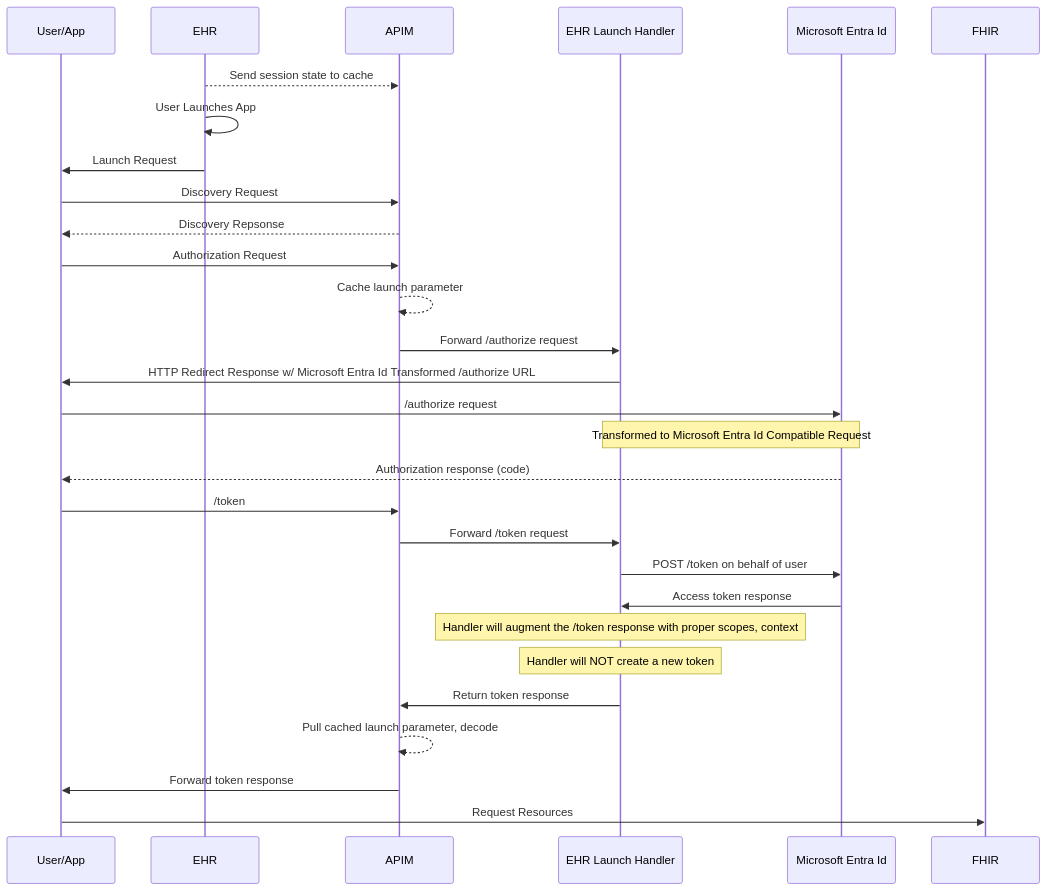
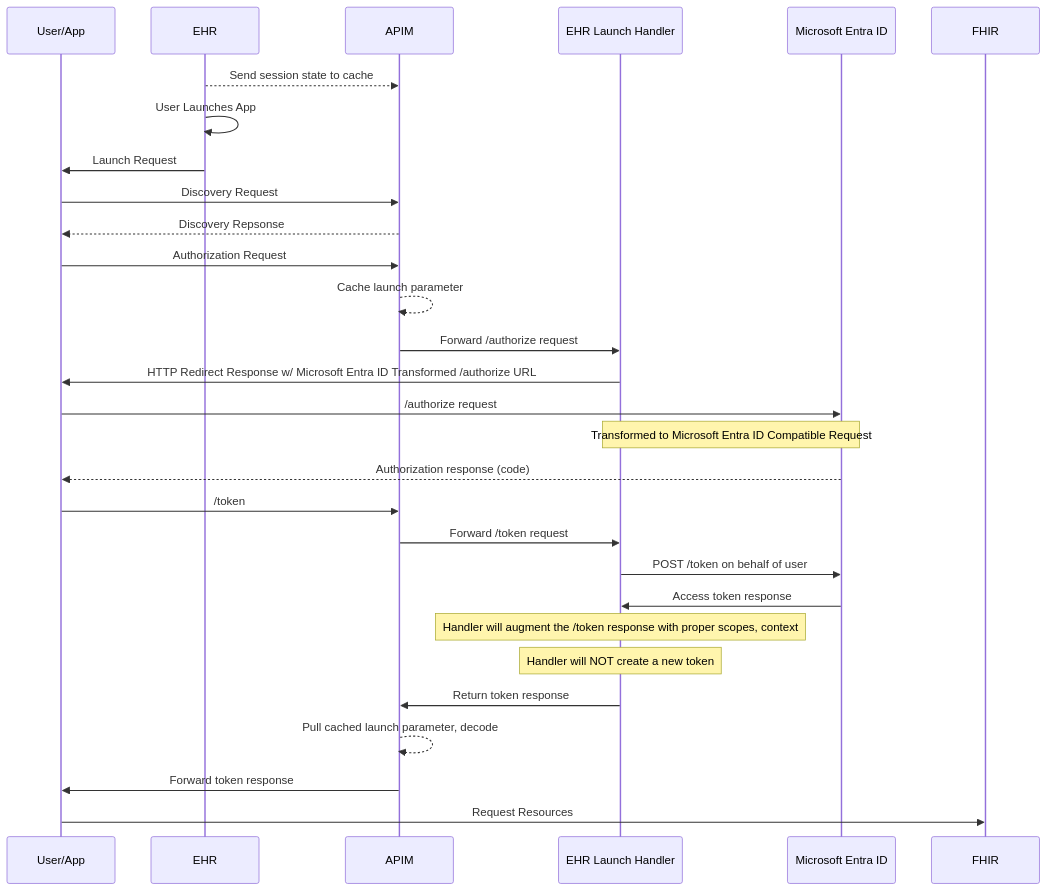
One commit to Azure-Samples/azure-health-data-and-ai-samples changed the second of 3 diagrams in samples/smartonfhir/docs/technical-guide.md. Above: the diagram before and after it, drawn with Mermaid. The commit also changed other lines of this file and 16 other files, not shown here.

````diff
--- a/samples/smartonfhir/docs/technical-guide.md
+++ b/samples/smartonfhir/docs/technical-guide.md
@@ -57,32 +57,32 @@
 ```mermaid
   sequenceDiagram
     participant User/App
     participant EHR
     participant APIM
     participant EHR Launch Handler
-    participant Microsoft Entra Id
+    participant Microsoft Entra ID
 
     EHR -->> APIM: Send session state to cache
     EHR ->> EHR: User Launches App
     EHR ->> User/App: Launch Request
 
     User/App ->> APIM: Discovery Request
     APIM -->> User/App: Discovery Repsonse
     User/App ->> APIM:  Authorization Request
     APIM -->> APIM: Cache launch parameter
     APIM ->> EHR Launch Handler: Forward /authorize request    
-    EHR Launch Handler ->> User/App: HTTP Redirect Response w/ Microsoft Entra Id Transformed /authorize URL
-    User/App ->> Microsoft Entra Id: /authorize request
-    note over EHR Launch Handler, Microsoft Entra Id: Transformed to Microsoft Entra Id Compatible Request
-    Microsoft Entra Id -->> User/App: Authorization response (code)
+    EHR Launch Handler ->> User/App: HTTP Redirect Response w/ Microsoft Entra ID Transformed /authorize URL
+    User/App ->> Microsoft Entra ID: /authorize request
+    note over EHR Launch Handler, Microsoft Entra ID: Transformed to Microsoft Entra ID Compatible Request
+    Microsoft Entra ID -->> User/App: Authorization response (code)
     User/App ->> APIM: /token
     APIM ->> EHR Launch Handler: Forward /token request
-    EHR Launch Handler ->> Microsoft Entra Id: POST /token on behalf of user
-    Microsoft Entra Id ->> EHR Launch Handler: Access token response
+    EHR Launch Handler ->> Microsoft Entra ID: POST /token on behalf of user
+    Microsoft Entra ID ->> EHR Launch Handler: Access token response
     note over EHR Launch Handler: Handler will augment the /token response with proper scopes, context
     note over EHR Launch Handler: Handler will NOT create a new token
     EHR Launch Handler ->> APIM: Return token response
     APIM -->> APIM: Pull cached launch parameter, decode
     APIM ->> User/App: Forward token response
     User/App ->> FHIR: Request Resources
 ```
````
